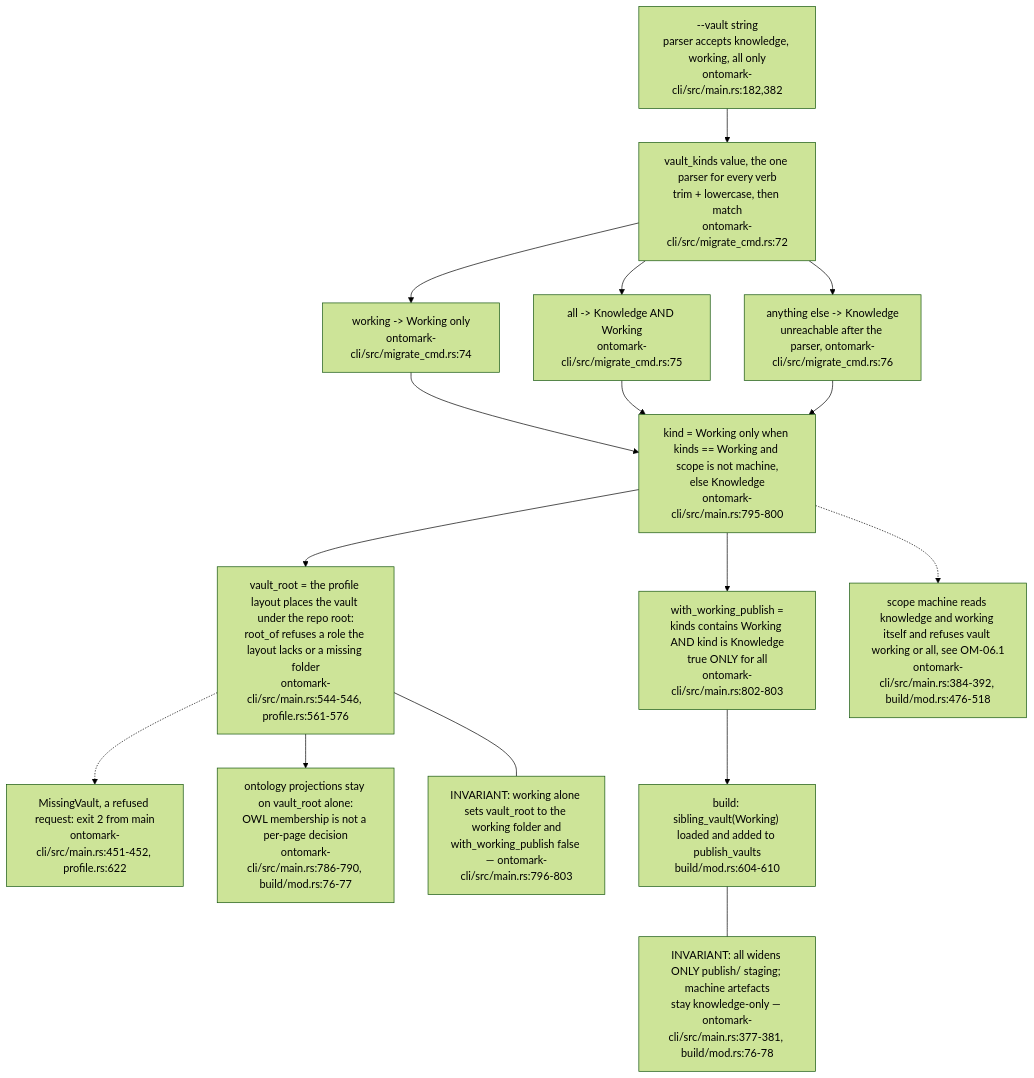
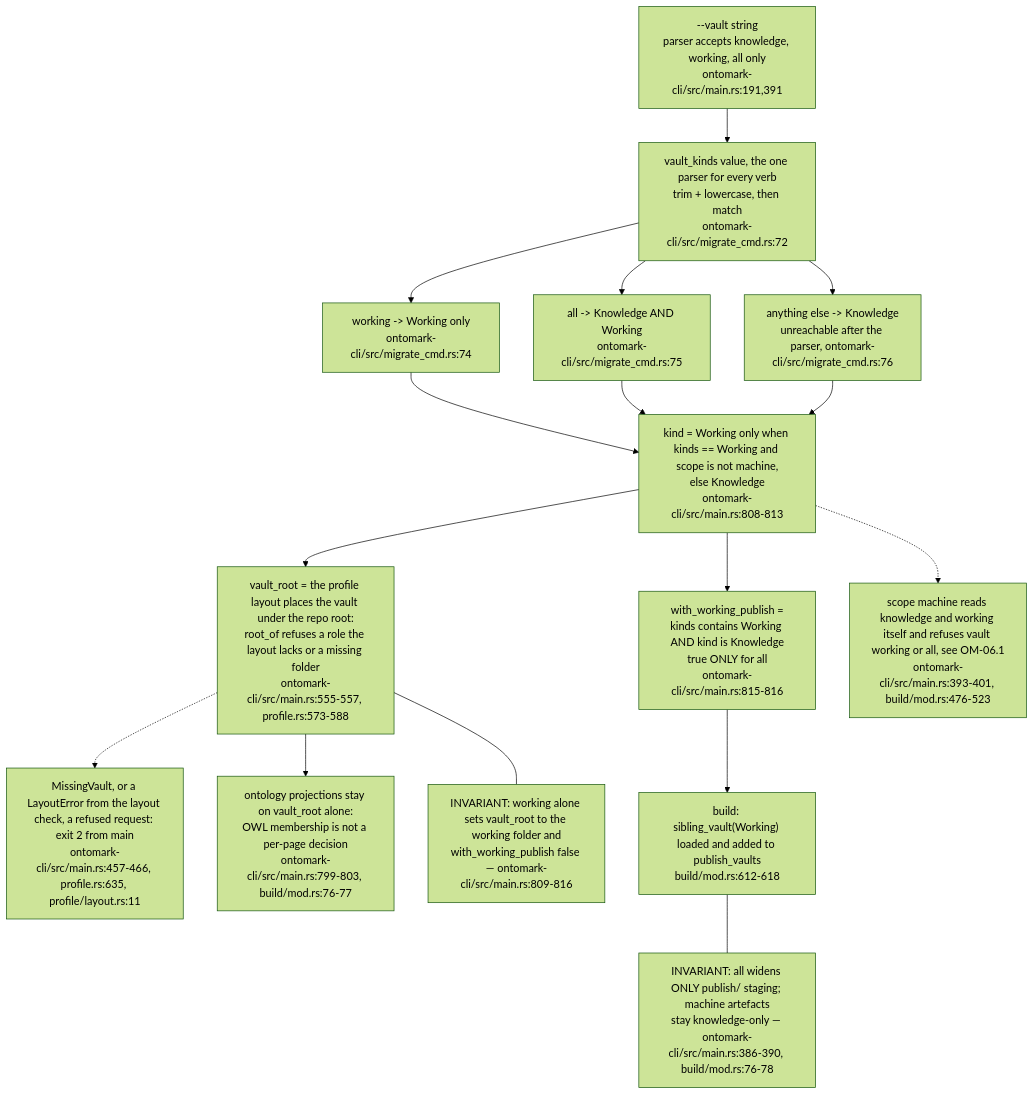
The second of 6 diagrams in docs/diagrams/ontomark/05-cli-commands-vault-selector-and-exit-codes.md (DreamLab-AI/VisionFlow), drawn with Mermaid (forest theme) before and after one commit. The commit also changed other lines of this file and 91 other files, not shown here.

````diff
--- a/docs/diagrams/ontomark/05-cli-commands-vault-selector-and-exit-codes.md
+++ b/docs/diagrams/ontomark/05-cli-commands-vault-selector-and-exit-codes.md
@@ -66,32 +69,32 @@
 ```mermaid
 flowchart TD
-    FLAG["--vault string<br/>parser accepts knowledge, working, all only<br/>ontomark-cli/src/main.rs:182,382"]
+    FLAG["--vault string<br/>parser accepts knowledge, working, all only<br/>ontomark-cli/src/main.rs:191,391"]
     VK["vault_kinds value, the one parser for every verb<br/>trim + lowercase, then match<br/>ontomark-cli/src/migrate_cmd.rs:72"]
     W["working -> Working only<br/>ontomark-cli/src/migrate_cmd.rs:74"]
     A["all -> Knowledge AND Working<br/>ontomark-cli/src/migrate_cmd.rs:75"]
     K["anything else -> Knowledge<br/>unreachable after the parser, ontomark-cli/src/migrate_cmd.rs:76"]
-    KIND["kind = Working only when kinds == Working and scope is not machine,<br/>else Knowledge<br/>ontomark-cli/src/main.rs:795-800"]
-    ROOT["vault_root = the profile layout places the vault under the repo root:<br/>root_of refuses a role the layout lacks or a missing folder<br/>ontomark-cli/src/main.rs:544-546, profile.rs:561-576"]
-    MISS["MissingVault, a refused request: exit 2 from main<br/>ontomark-cli/src/main.rs:451-452, profile.rs:622"]
-    WWP["with_working_publish =<br/>kinds contains Working AND kind is Knowledge<br/>true ONLY for all<br/>ontomark-cli/src/main.rs:802-803"]
-    PUB["build: sibling_vault(Working) loaded and added to publish_vaults<br/>build/mod.rs:604-610"]
-    MS["scope machine reads knowledge and working itself and refuses vault working or all, see OM-06.1<br/>ontomark-cli/src/main.rs:384-392, build/mod.rs:476-518"]
-    ART["ontology projections stay on vault_root alone:<br/>OWL membership is not a per-page decision<br/>ontomark-cli/src/main.rs:786-790, build/mod.rs:76-77"]
+    KIND["kind = Working only when kinds == Working and scope is not machine,<br/>else Knowledge<br/>ontomark-cli/src/main.rs:808-813"]
+    ROOT["vault_root = the profile layout places the vault under the repo root:<br/>root_of refuses a role the layout lacks or a missing folder<br/>ontomark-cli/src/main.rs:555-557, profile.rs:573-588"]
+    MISS["MissingVault, or a LayoutError from the layout check, a refused request: exit 2 from main<br/>ontomark-cli/src/main.rs:457-466, profile.rs:635, profile/layout.rs:11"]
+    WWP["with_working_publish =<br/>kinds contains Working AND kind is Knowledge<br/>true ONLY for all<br/>ontomark-cli/src/main.rs:815-816"]
+    PUB["build: sibling_vault(Working) loaded and added to publish_vaults<br/>build/mod.rs:612-618"]
+    MS["scope machine reads knowledge and working itself and refuses vault working or all, see OM-06.1<br/>ontomark-cli/src/main.rs:393-401, build/mod.rs:476-523"]
+    ART["ontology projections stay on vault_root alone:<br/>OWL membership is not a per-page decision<br/>ontomark-cli/src/main.rs:799-803, build/mod.rs:76-77"]
     FLAG --> VK
     VK --> W
     VK --> A
     VK --> K
     W --> KIND
     A --> KIND
     K --> KIND
     KIND --> ROOT
     ROOT -.-> MISS
     KIND --> WWP
     WWP --> PUB
     ROOT --> ART
-    n1["INVARIANT: all widens ONLY publish/ staging; machine artefacts<br/>stay knowledge-only — ontomark-cli/src/main.rs:377-381, build/mod.rs:76-78"]
-    n2["INVARIANT: working alone sets vault_root to the working folder and<br/>with_working_publish false — ontomark-cli/src/main.rs:796-803"]
+    n1["INVARIANT: all widens ONLY publish/ staging; machine artefacts<br/>stay knowledge-only — ontomark-cli/src/main.rs:386-390, build/mod.rs:76-78"]
+    n2["INVARIANT: working alone sets vault_root to the working folder and<br/>with_working_publish false — ontomark-cli/src/main.rs:809-816"]
     PUB --- n1
     ROOT --- n2
     KIND -.-> MS
 ```
````
